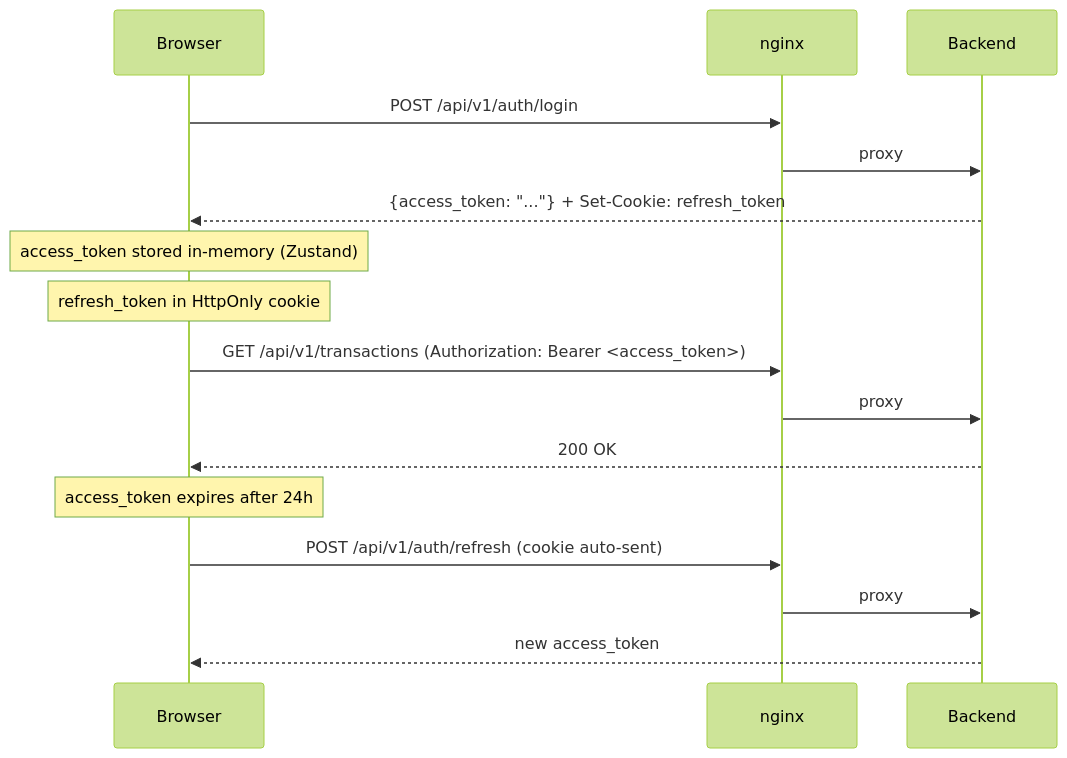
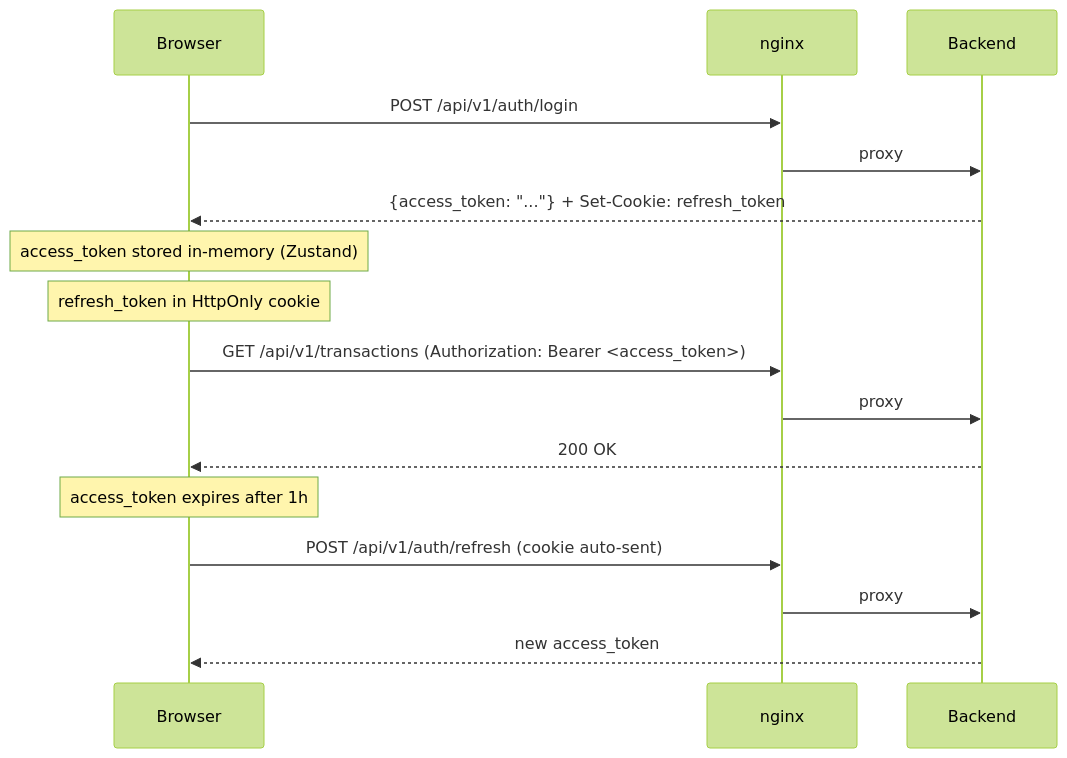
The diagram in docs/dev/frontend.md (maltewinckler/swen), drawn with Mermaid (forest theme) before and after one commit. The commit also changed other lines of this file and 22 other files, not shown here.

````diff
--- a/docs/dev/frontend.md
+++ b/docs/dev/frontend.md
@@ -70,21 +70,21 @@
 ```mermaid
 sequenceDiagram
     participant Browser
     participant nginx
     participant Backend
 
     Browser->>nginx: POST /api/v1/auth/login
     nginx->>Backend: proxy
     Backend-->>Browser: {access_token: "..."} + Set-Cookie: refresh_token
     Note over Browser: access_token stored in-memory (Zustand)
     Note over Browser: refresh_token in HttpOnly cookie
 
     Browser->>nginx: GET /api/v1/transactions (Authorization: Bearer <access_token>)
     nginx->>Backend: proxy
     Backend-->>Browser: 200 OK
 
-    Note over Browser: access_token expires after 24h
+    Note over Browser: access_token expires after 1h
     Browser->>nginx: POST /api/v1/auth/refresh (cookie auto-sent)
     nginx->>Backend: proxy
     Backend-->>Browser: new access_token
 ```
````
